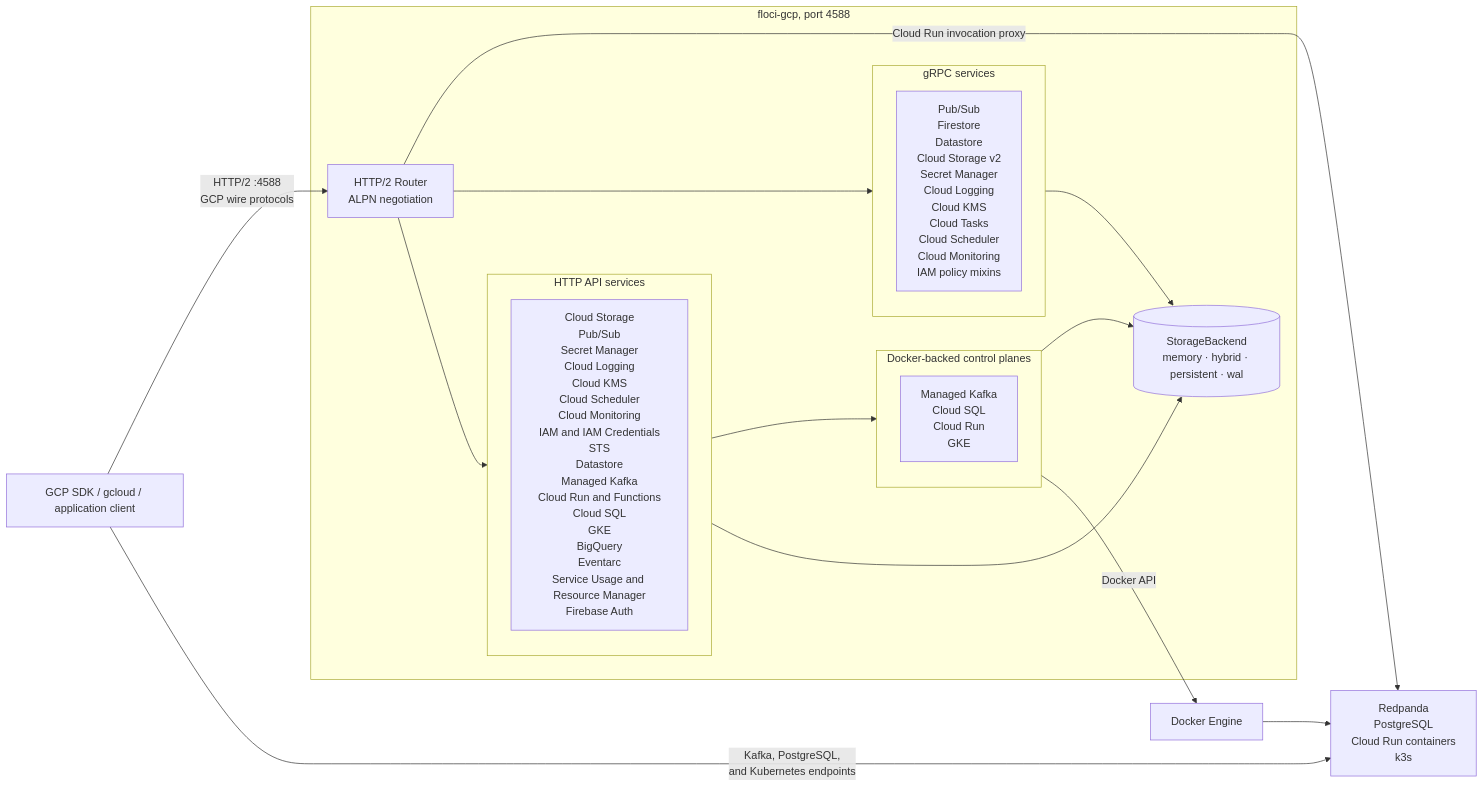
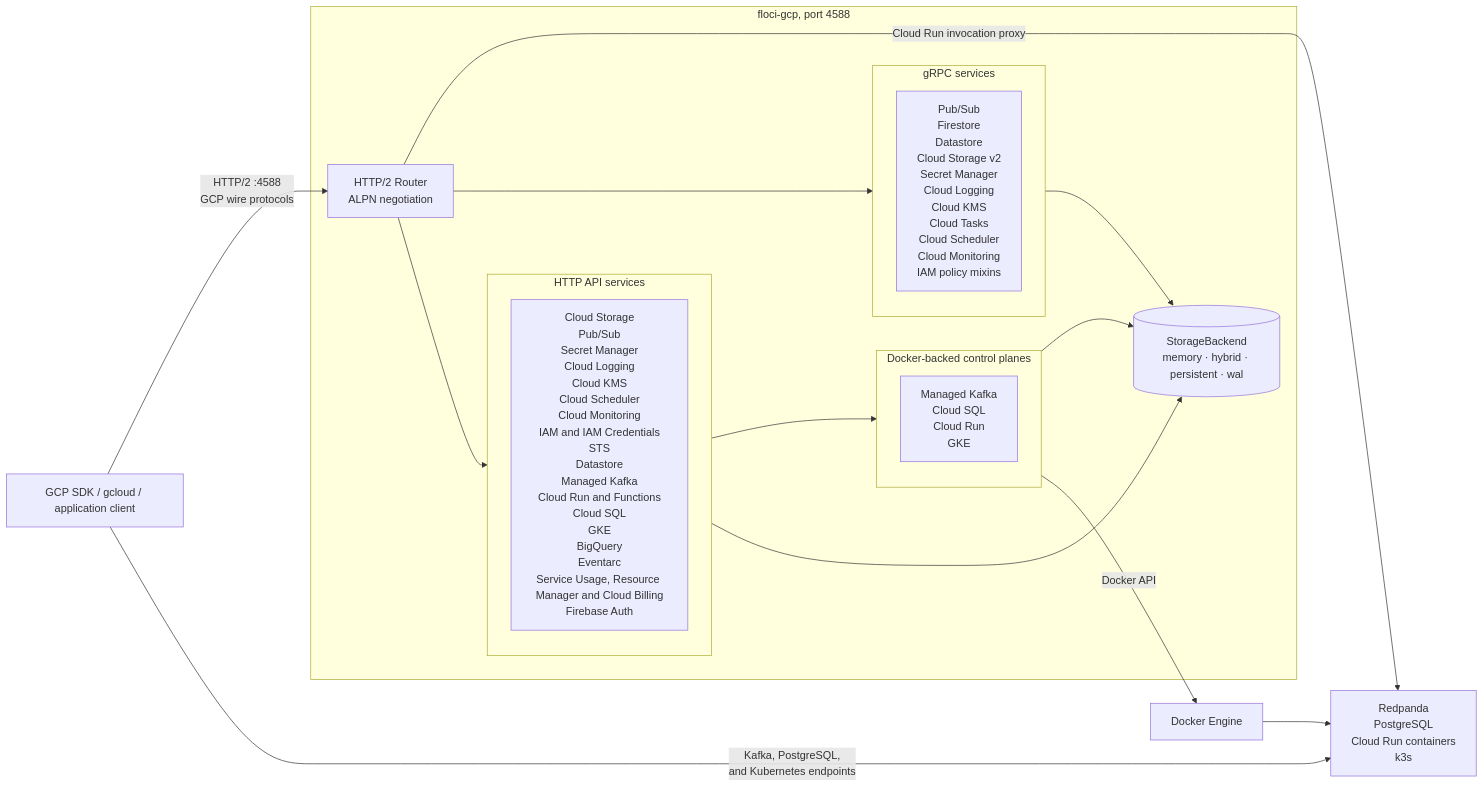
The diagram in README.md (Jiliar/floci-gcp), drawn with Mermaid before and after one commit. The commit also changed other lines of this file and 13 other files, not shown here.

Commit message:
feat(cloudbilling): add Cloud Billing v1 project billing info and accounts

````diff
--- a/README.md
+++ b/README.md
@@ -170,33 +171,33 @@
 ```mermaid
 flowchart LR
     Client["GCP SDK / gcloud / application client"]
 
     subgraph FlociGCP ["floci-gcp, port 4588"]
         Router["HTTP/2 Router\nALPN negotiation"]
 
         subgraph GRPC ["gRPC services"]
             A["Pub/Sub\nFirestore\nDatastore\nCloud Storage v2\nSecret Manager\nCloud Logging\nCloud KMS\nCloud Tasks\nCloud Scheduler\nCloud Monitoring\nIAM policy mixins"]
         end
 
         subgraph REST ["HTTP API services"]
-            B["Cloud Storage\nPub/Sub\nSecret Manager\nCloud Logging\nCloud KMS\nCloud Scheduler\nCloud Monitoring\nIAM and IAM Credentials\nSTS\nDatastore\nManaged Kafka\nCloud Run and Functions\nCloud SQL\nGKE\nBigQuery\nEventarc\nService Usage and Resource Manager\nFirebase Auth"]
+            B["Cloud Storage\nPub/Sub\nSecret Manager\nCloud Logging\nCloud KMS\nCloud Scheduler\nCloud Monitoring\nIAM and IAM Credentials\nSTS\nDatastore\nManaged Kafka\nCloud Run and Functions\nCloud SQL\nGKE\nBigQuery\nEventarc\nService Usage, Resource Manager and Cloud Billing\nFirebase Auth"]
         end
 
         subgraph DockerControl ["Docker-backed control planes"]
             C["Managed Kafka\nCloud SQL\nCloud Run\nGKE"]
         end
 
         Router --> GRPC
         Router --> REST
         REST --> DockerControl
         GRPC & REST & DockerControl --> Store[("StorageBackend\nmemory · hybrid · persistent · wal")]
     end
 
     DockerEngine["Docker Engine"]
     Sidecars["Redpanda\nPostgreSQL\nCloud Run containers\nk3s"]
     Client -->|"HTTP/2 :4588\nGCP wire protocols"| Router
     DockerControl -->|"Docker API"| DockerEngine
     DockerEngine --> Sidecars
     Client -->|"Kafka, PostgreSQL,\nand Kubernetes endpoints"| Sidecars
     Router -->|"Cloud Run invocation proxy"| Sidecars
 ```
````
